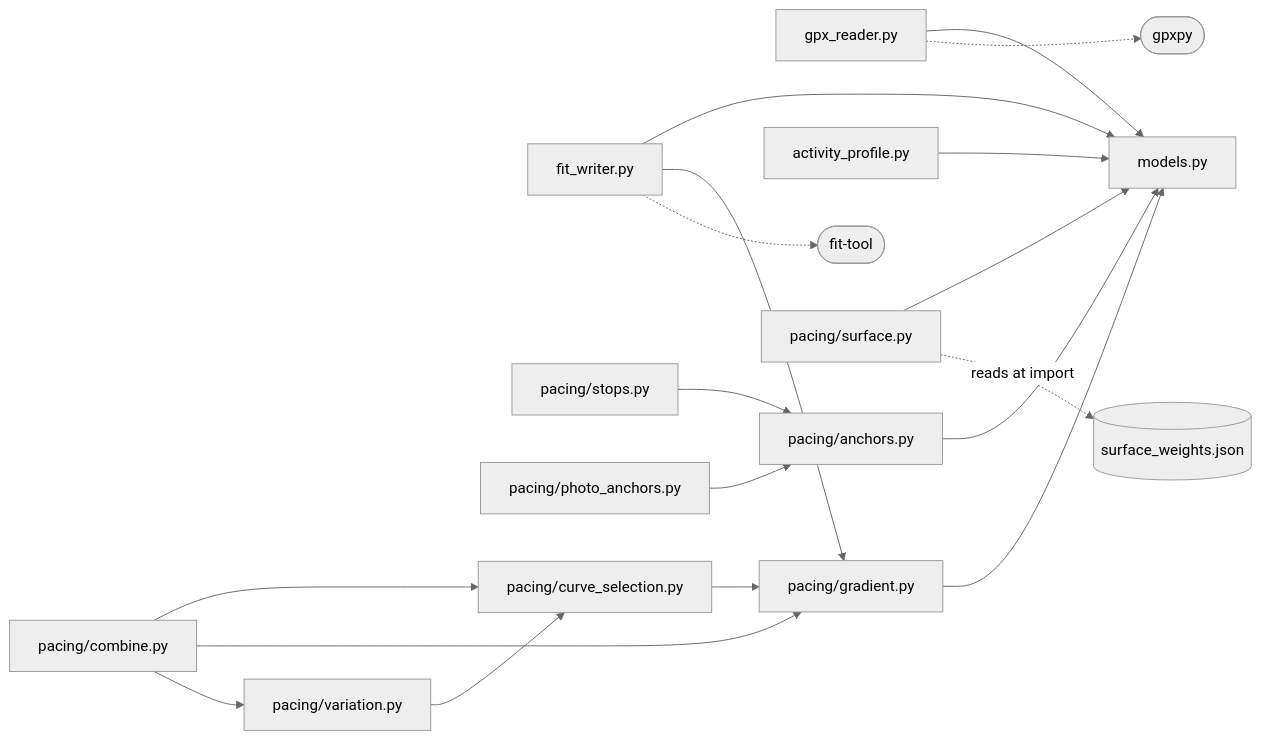
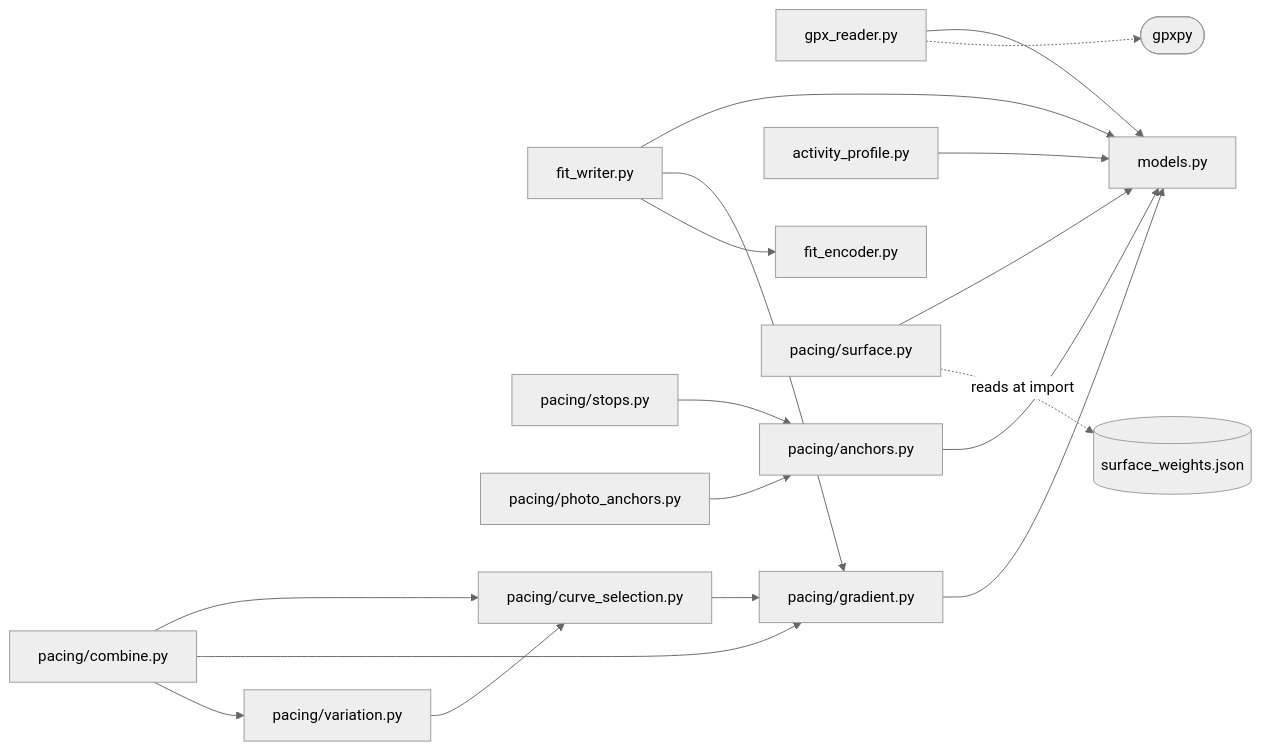
One commit to martin-iflap/GPX_to_FIT changed the third of 15 diagrams in docs/ARCHITECTURE.md. Above: the diagram before and after it, drawn with Mermaid (neutral theme). The commit also changed other lines of this file and 13 other files, not shown here.

Commit message:
Replaced fit-tool dependency with fit_encoder.py module for .fit file writing. This cuts the conversion time for a long hike from 10s to 0,185s.

````diff
--- a/docs/ARCHITECTURE.md
+++ b/docs/ARCHITECTURE.md
@@ -240,21 +241,21 @@
 ```mermaid
 flowchart LR
   models["models.py"]
   gpx["gpx_reader.py"] --> models
   fitw["fit_writer.py"] --> models
   fitw --> gradient
   prof["activity_profile.py"] --> models
   anchors["pacing/anchors.py"] --> models
   stops["pacing/stops.py"] --> anchors
   photo["pacing/photo_anchors.py"] --> anchors
   gradient["pacing/gradient.py"] --> models
   cs["pacing/curve_selection.py"] --> gradient
   surface["pacing/surface.py"] --> models
   surface -. "reads at import" .-> sw[("surface_weights.json")]
   variation["pacing/variation.py"] --> cs
   combine["pacing/combine.py"] --> cs
   combine --> gradient
   combine --> variation
   gpx -.-> gpxpy(["gpxpy"])
-  fitw -.-> fittool(["fit-tool"])
+  fitw --> enc["fit_encoder.py"]
 ```
````
